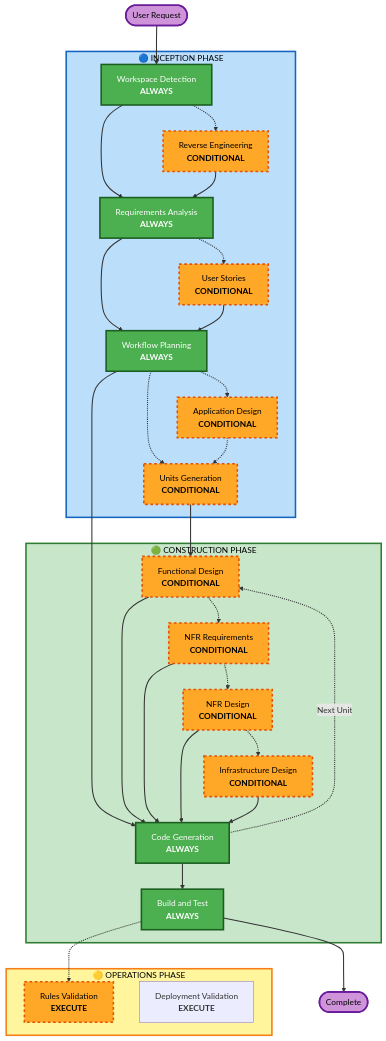
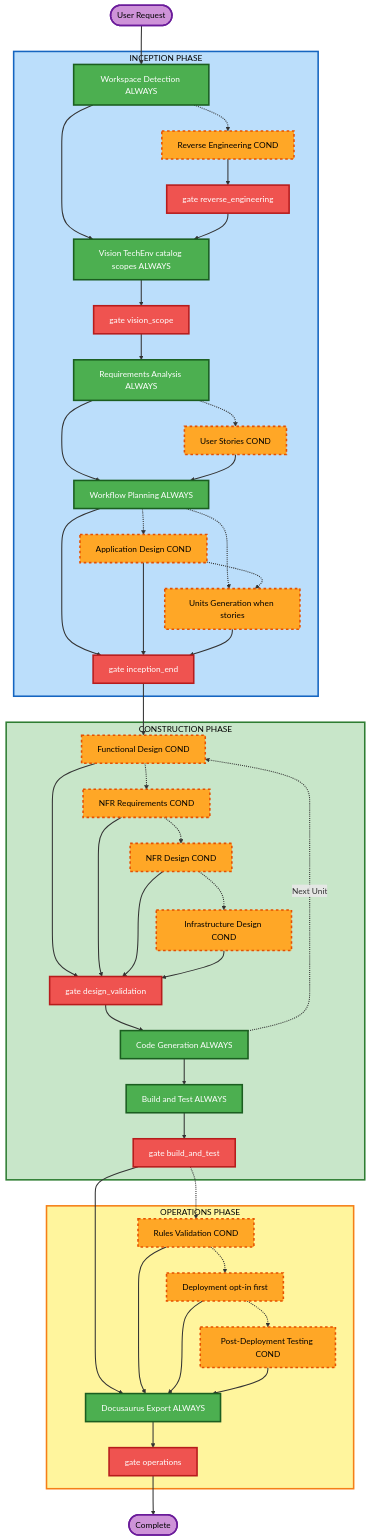
One commit to tiagoaltomare/aidlc-workflows changed the diagram in aidlc-rules/aws-aidlc-rule-details/common/process-overview.md. Above: the diagram before and after it, drawn with Mermaid. The commit also changed other lines of this file and 37 other files, not shown here.

````diff
--- a/aidlc-rules/aws-aidlc-rule-details/common/process-overview.md
+++ b/aidlc-rules/aws-aidlc-rule-details/common/process-overview.md
@@ -33,79 +46,107 @@
 ```mermaid
 flowchart TD
     Start(["User Request"])
-    
-    subgraph INCEPTION["🔵 INCEPTION PHASE"]
-        WD["Workspace Detection<br/><b>ALWAYS</b>"]
-        RE["Reverse Engineering<br/><b>CONDITIONAL</b>"]
-        RA["Requirements Analysis<br/><b>ALWAYS</b>"]
-        Stories["User Stories<br/><b>CONDITIONAL</b>"]
-        WP["Workflow Planning<br/><b>ALWAYS</b>"]
-        AppDesign["Application Design<br/><b>CONDITIONAL</b>"]
-        UnitsG["Units Generation<br/><b>CONDITIONAL</b>"]
+
+    subgraph INCEPTION["INCEPTION PHASE"]
+        WD["Workspace Detection ALWAYS"]
+        RE["Reverse Engineering COND"]
+        GRE["gate reverse_engineering"]
+        VIS["Vision TechEnv catalog scopes ALWAYS"]
+        GVS["gate vision_scope"]
+        RA["Requirements Analysis ALWAYS"]
+        Stories["User Stories COND"]
+        WP["Workflow Planning ALWAYS"]
+        AppDesign["Application Design COND"]
+        UnitsG["Units Generation when stories"]
+        GIE["gate inception_end"]
     end
-    
-    subgraph CONSTRUCTION["🟢 CONSTRUCTION PHASE"]
-        FD["Functional Design<br/><b>CONDITIONAL</b>"]
-        NFRA["NFR Requirements<br/><b>CONDITIONAL</b>"]
-        NFRD["NFR Design<br/><b>CONDITIONAL</b>"]
-        ID["Infrastructure Design<br/><b>CONDITIONAL</b>"]
-        CG["Code Generation<br/><b>ALWAYS</b>"]
-        BT["Build and Test<br/><b>ALWAYS</b>"]
+
+    subgraph CONSTRUCTION["CONSTRUCTION PHASE"]
+        FD["Functional Design COND"]
+        NFRA["NFR Requirements COND"]
+        NFRD["NFR Design COND"]
+        ID["Infrastructure Design COND"]
+        GDV["gate design_validation"]
+        CG["Code Generation ALWAYS"]
+        BT["Build and Test ALWAYS"]
+        GBT["gate build_and_test"]
     end
-    
-    subgraph OPERATIONS["🟡 OPERATIONS PHASE"]
-        OPS["Rules Validation<br/><b>EXECUTE</b>"]
-        DEPVAL["Deployment Validation<br/><b>EXECUTE</b>"]
+
+    subgraph OPERATIONS["OPERATIONS PHASE"]
+        RV["Rules Validation COND"]
+        DEP["Deployment opt-in first"]
+        PDT["Post-Deployment Testing COND"]
+        EXP["Docusaurus Export ALWAYS"]
+        GOPS["gate operations"]
     end
-    
+
     Start --> WD
     WD -.-> RE
-    WD --> RA
-    RE --> RA
-    
+    WD --> VIS
+    RE --> GRE
+    GRE --> VIS
+    VIS --> GVS
+    GVS --> RA
     RA -.-> Stories
     RA --> WP
     Stories --> WP
-    
     WP -.-> AppDesign
     WP -.-> UnitsG
     AppDesign -.-> UnitsG
-    UnitsG --> FD
+    WP --> GIE
+    AppDesign --> GIE
+    UnitsG --> GIE
+    GIE --> FD
     FD -.-> NFRA
     NFRA -.-> NFRD
     NFRD -.-> ID
-    
-    WP --> CG
-    FD --> CG
-    NFRA --> CG
-    NFRD --> CG
-    ID --> CG
+    FD --> GDV
+    NFRA --> GDV
+    NFRD --> GDV
+    ID --> GDV
+    GDV --> CG
     CG -.->|Next Unit| FD
     CG --> BT
-    BT -.-> OPS
-    BT --> End(["Complete"])
-    
+    BT --> GBT
+    GBT -.-> RV
+    GBT --> EXP
+    RV -.-> DEP
+    RV --> EXP
+    DEP -.-> PDT
+    DEP --> EXP
+    PDT --> EXP
+    EXP --> GOPS
+    GOPS --> End(["Complete"])
+
     style WD fill:#4CAF50,stroke:#1B5E20,stroke-width:3px,color:#fff
+    style VIS fill:#4CAF50,stroke:#1B5E20,stroke-width:3px,color:#fff
     style RA fill:#4CAF50,stroke:#1B5E20,stroke-width:3px,color:#fff
     style WP fill:#4CAF50,stroke:#1B5E20,stroke-width:3px,color:#fff
-
     style CG fill:#4CAF50,stroke:#1B5E20,stroke-width:3px,color:#fff
     style BT fill:#4CAF50,stroke:#1B5E20,stroke-width:3px,color:#fff
-    style OPS fill:#FFA726,stroke:#E65100,stroke-width:3px,stroke-dasharray: 5 5,color:#000
+    style EXP fill:#4CAF50,stroke:#1B5E20,stroke-width:3px,color:#fff
+    style GRE fill:#EF5350,stroke:#B71C1C,stroke-width:3px,color:#fff
+    style GVS fill:#EF5350,stroke:#B71C1C,stroke-width:3px,color:#fff
+    style GIE fill:#EF5350,stroke:#B71C1C,stroke-width:3px,color:#fff
+    style GDV fill:#EF5350,stroke:#B71C1C,stroke-width:3px,color:#fff
+    style GBT fill:#EF5350,stroke:#B71C1C,stroke-width:3px,color:#fff
+    style GOPS fill:#EF5350,stroke:#B71C1C,stroke-width:3px,color:#fff
     style RE fill:#FFA726,stroke:#E65100,stroke-width:3px,stroke-dasharray: 5 5,color:#000
     style Stories fill:#FFA726,stroke:#E65100,stroke-width:3px,stroke-dasharray: 5 5,color:#000
     style AppDesign fill:#FFA726,stroke:#E65100,stroke-width:3px,stroke-dasharray: 5 5,color:#000
-
     style UnitsG fill:#FFA726,stroke:#E65100,stroke-width:3px,stroke-dasharray: 5 5,color:#000
     style FD fill:#FFA726,stroke:#E65100,stroke-width:3px,stroke-dasharray: 5 5,color:#000
     style NFRA fill:#FFA726,stroke:#E65100,stroke-width:3px,stroke-dasharray: 5 5,color:#000
     style NFRD fill:#FFA726,stroke:#E65100,stroke-width:3px,stroke-dasharray: 5 5,color:#000
     style ID fill:#FFA726,stroke:#E65100,stroke-width:3px,stroke-dasharray: 5 5,color:#000
+    style RV fill:#FFA726,stroke:#E65100,stroke-width:3px,stroke-dasharray: 5 5,color:#000
+    style DEP fill:#FFA726,stroke:#E65100,stroke-width:3px,stroke-dasharray: 5 5,color:#000
+    style PDT fill:#FFA726,stroke:#E65100,stroke-width:3px,stroke-dasharray: 5 5,color:#000
     style INCEPTION fill:#BBDEFB,stroke:#1565C0,stroke-width:3px, color:#000
     style CONSTRUCTION fill:#C8E6C9,stroke:#2E7D32,stroke-width:3px, color:#000
     style OPERATIONS fill:#FFF59D,stroke:#F57F17,stroke-width:3px, color:#000
     style Start fill:#CE93D8,stroke:#6A1B9A,stroke-width:3px,color:#000
     style End fill:#CE93D8,stroke:#6A1B9A,stroke-width:3px,color:#000
-    
+
     linkStyle default stroke:#333,stroke-width:2px
 ```
````
